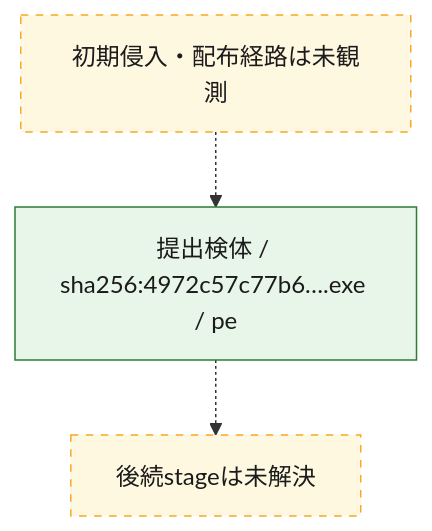
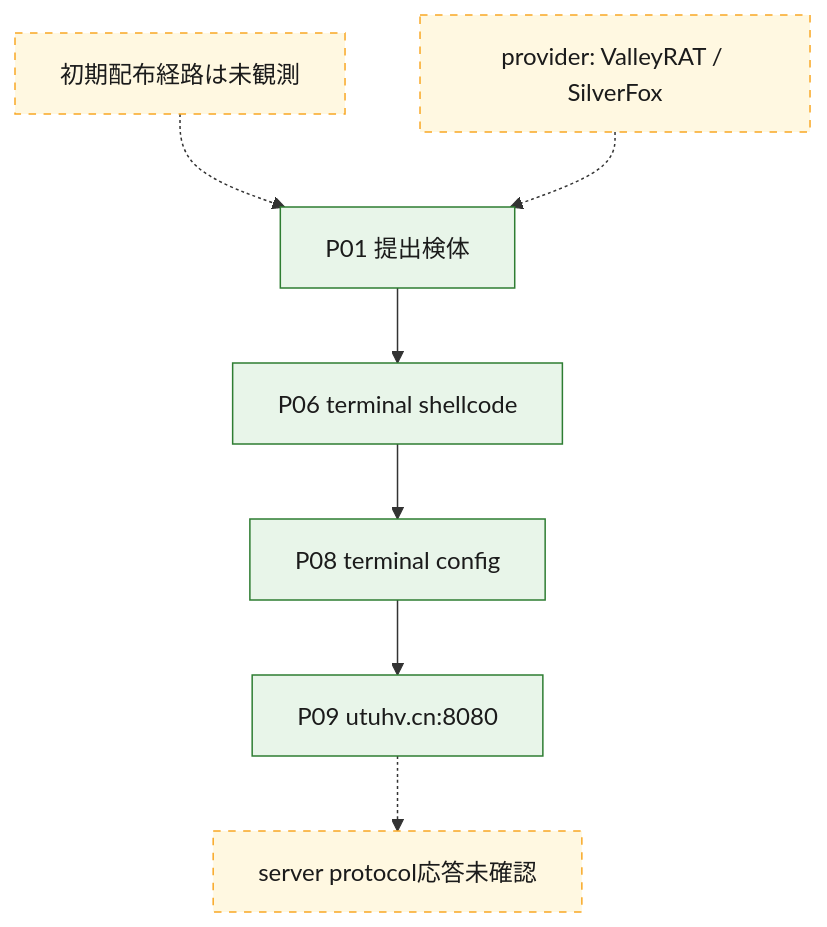
The second of 3 diagrams in analysis-results/malware/valleyrat/versions/unknown/cases/4972c57c77b67c080fca0e1f97e650894f7b60fb50d049ae9f43d83759fad701/OVERALL-LOGIC.md (proshiba/AI-security-analysis), drawn with Mermaid before and after one commit. The commit also changed other lines of this file and 280 other files, not shown here.

````diff
--- a/analysis-results/malware/valleyrat/versions/unknown/cases/4972c57c77b67c080fca0e1f97e650894f7b60fb50d049ae9f43d83759fad701/OVERALL-LOGIC.md
+++ b/analysis-results/malware/valleyrat/versions/unknown/cases/4972c57c77b67c080fca0e1f97e650894f7b60fb50d049ae9f43d83759fad701/OVERALL-LOGIC.md
@@ -29,13 +34,13 @@
 ```mermaid
 flowchart TD
-  chain_initial["初期侵入・配布経路は未観測"]
-  chain_01["提出検体 / sha256:4972c57c77b6….exe / pe"]
-  chain_initial -.-> chain_01
-  chain_unknown["後続stageは未解決"]
-  chain_01 -.-> chain_unknown
-  class chain_unknown unresolved
-  class chain_01 confirmed
-  class chain_initial unresolved
+  c00["初期配布経路は未観測"] -.-> c01["P01 提出検体"]
+  c01 --> c02["P06 terminal shellcode"]
+  c02 --> c03["P08 terminal config"]
+  c03 --> c04["P09 utuhv.cn:8080"]
+  c04 -.-> c05["server protocol応答未確認"]
+  c06["provider: ValleyRAT / SilverFox"] -.-> c01
+  class c01,c02,c03,c04 confirmed
+  class c00,c05,c06 unresolved
   classDef confirmed fill:#e8f5e9,stroke:#2e7d32,color:#1b1b1b
   classDef unresolved fill:#fff8e1,stroke:#f9a825,color:#1b1b1b,stroke-dasharray:5 5
 ```
````
